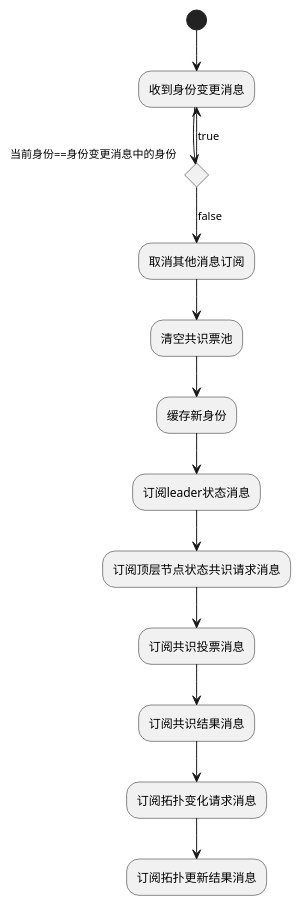
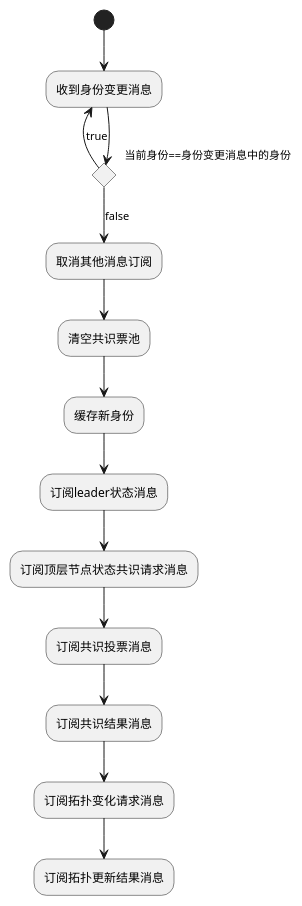
Before and after one commit to alvinleee/matrix-work: the diagram in 730/顶层节点在线服务/身份变更消息.wsd, drawn with PlantUML. The commit also changed 41 other files, not shown here.

```diff
--- a/730/顶层节点在线服务/身份变更消息.wsd
+++ b/730/顶层节点在线服务/身份变更消息.wsd
@@ -1,17 +1,17 @@
 @startuml
 (*) --> 收到身份变更消息
 if  当前身份==身份变更消息中的身份 then
-    --> [true] 收到身份变更消息
+    -left-> [true] 收到身份变更消息
 else
     --> [false] 取消其他消息订阅
     --> 清空共识票池
     --> 缓存新身份
     --> 订阅leader状态消息
     --> 订阅顶层节点状态共识请求消息
     --> 订阅共识投票消息
     --> 订阅共识结果消息
     --> 订阅拓扑变化请求消息
     --> 订阅拓扑更新结果消息
 
 endif
 @enduml
```
